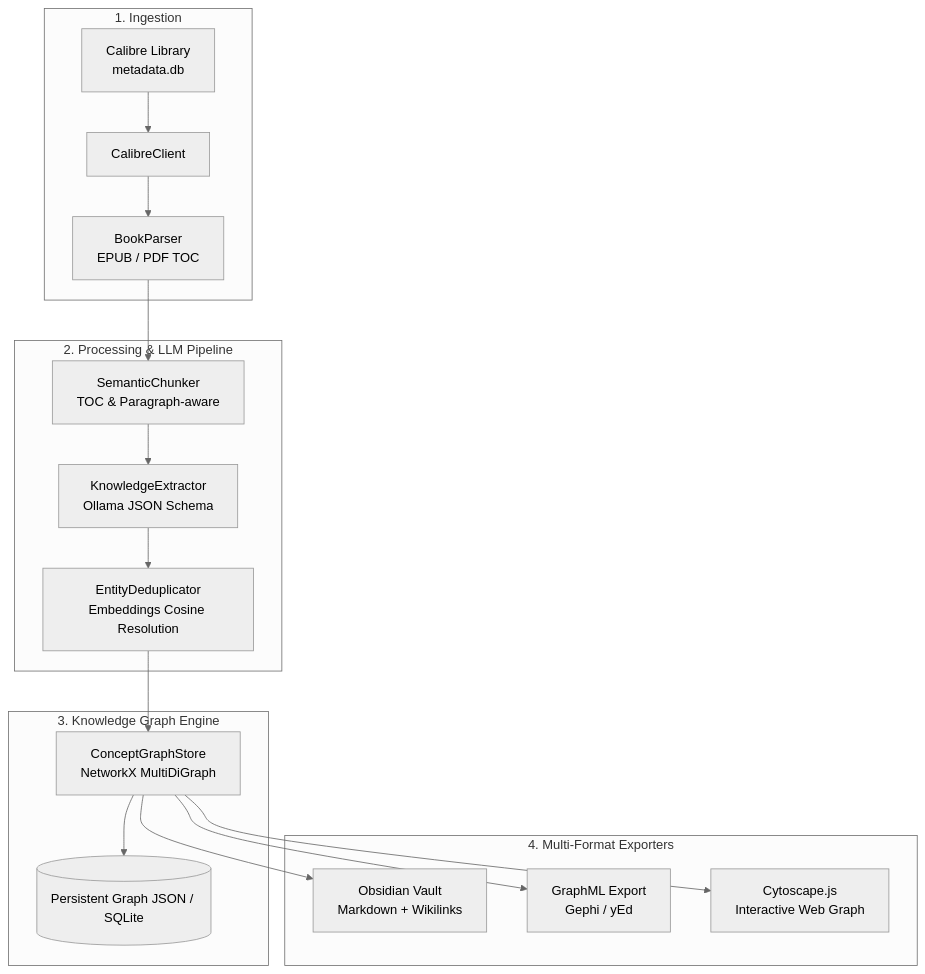
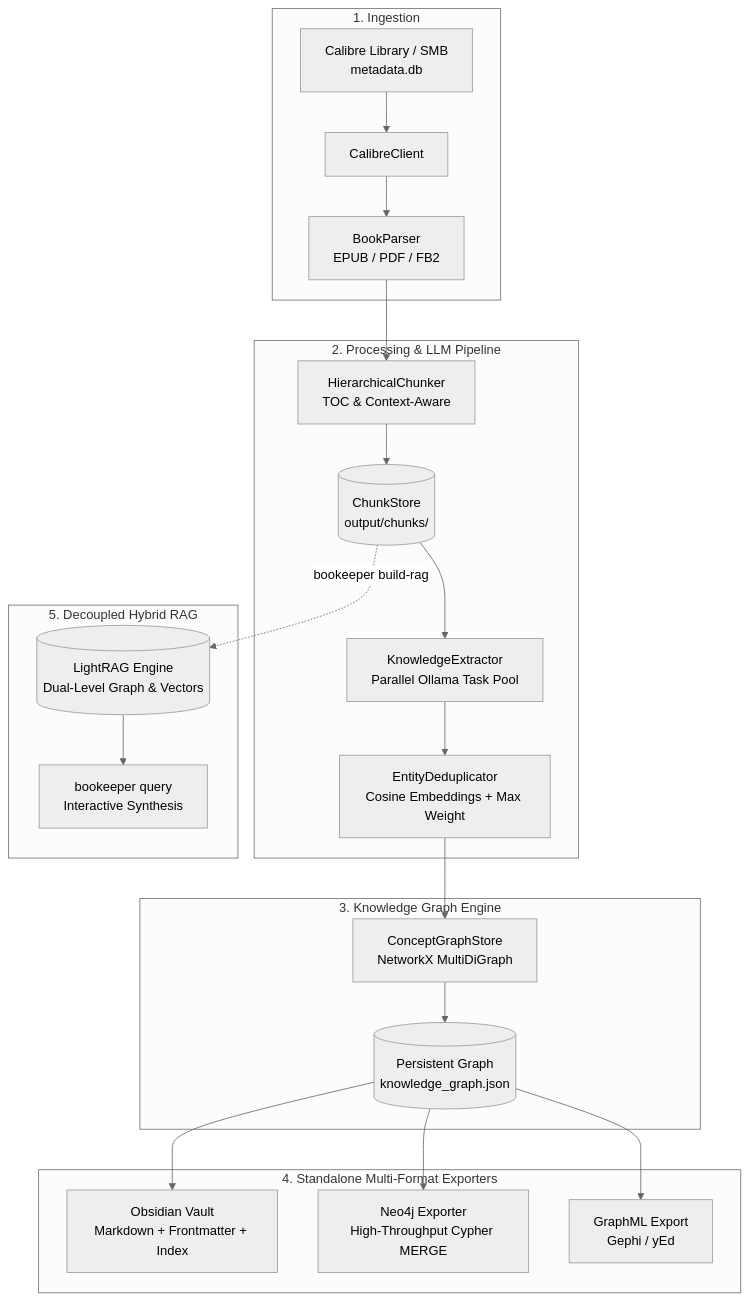
The diagram in README.md (Sergsw74/bookeeper), drawn with Mermaid (neutral theme) before and after one commit. The commit also changed other lines of this file and 29 other files, not shown here.

````diff
--- a/README.md
+++ b/README.md
@@ -11,24 +11,30 @@
 ```mermaid
 flowchart TD
     subgraph Calibre ["1. Ingestion"]
-        A[Calibre Library\nmetadata.db] --> B[CalibreClient]
-        B --> C[BookParser\nEPUB / PDF TOC]
+        A[Calibre Library / SMB\nmetadata.db] --> B[CalibreClient]
+        B --> C[BookParser\nEPUB / PDF / FB2]
     end
 
     subgraph Processing ["2. Processing & LLM Pipeline"]
-        C --> D[SemanticChunker\nTOC & Paragraph-aware]
-        D --> E[KnowledgeExtractor\nOllama JSON Schema]
-        E --> F[EntityDeduplicator\nEmbeddings Cosine Resolution]
+        C --> D[HierarchicalChunker\nTOC & Context-Aware]
+        D --> E[(ChunkStore\noutput/chunks/)]
+        E --> F[KnowledgeExtractor\nParallel Ollama Task Pool]
+        F --> G[EntityDeduplicator\nCosine Embeddings + Max Weight]
     end
 
     subgraph GraphStore ["3. Knowledge Graph Engine"]
-        F --> G[ConceptGraphStore\nNetworkX MultiDiGraph]
-        G --> H[(Persistent Graph JSON / SQLite)]
+        G --> H[ConceptGraphStore\nNetworkX MultiDiGraph]
+        H --> I[(Persistent Graph\nknowledge_graph.json)]
     end
 
-    subgraph Exports ["4. Multi-Format Exporters"]
-        G --> I[Obsidian Vault\nMarkdown + Wikilinks]
-        G --> J[GraphML Export\nGephi / yEd]
-        G --> K[Cytoscape.js\nInteractive Web Graph]
+    subgraph Exports ["4. Standalone Multi-Format Exporters"]
+        I --> J[Obsidian Vault\nMarkdown + Frontmatter + Index]
+        I --> K[Neo4j Exporter\nHigh-Throughput Cypher MERGE]
+        I --> L[GraphML Export\nGephi / yEd]
+    end
+
+    subgraph RAG ["5. Decoupled Hybrid RAG"]
+        E -.->|bookeeper build-rag| M[(LightRAG Engine\nDual-Level Graph & Vectors)]
+        M --> N[bookeeper query\nInteractive Synthesis]
     end
 ```
````
